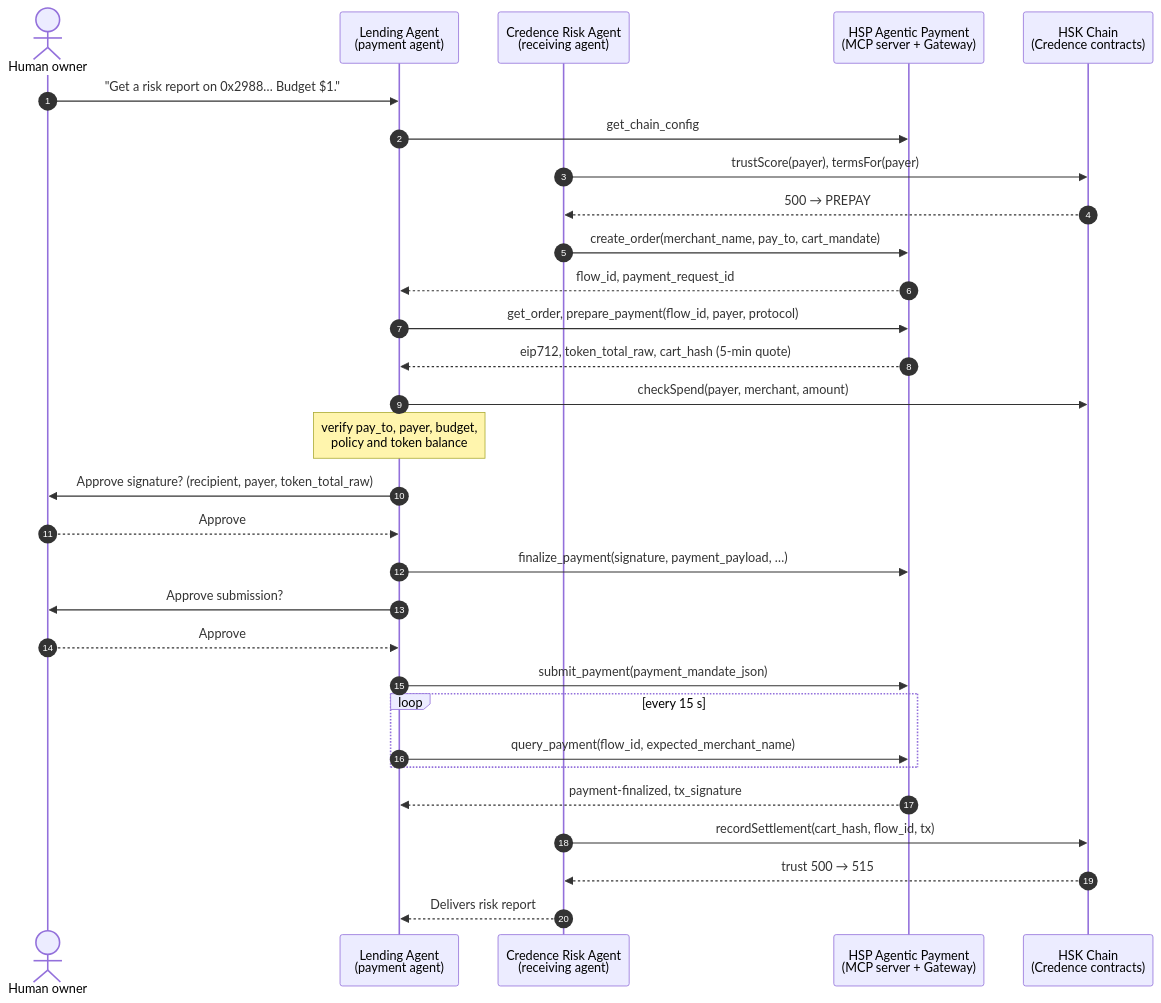
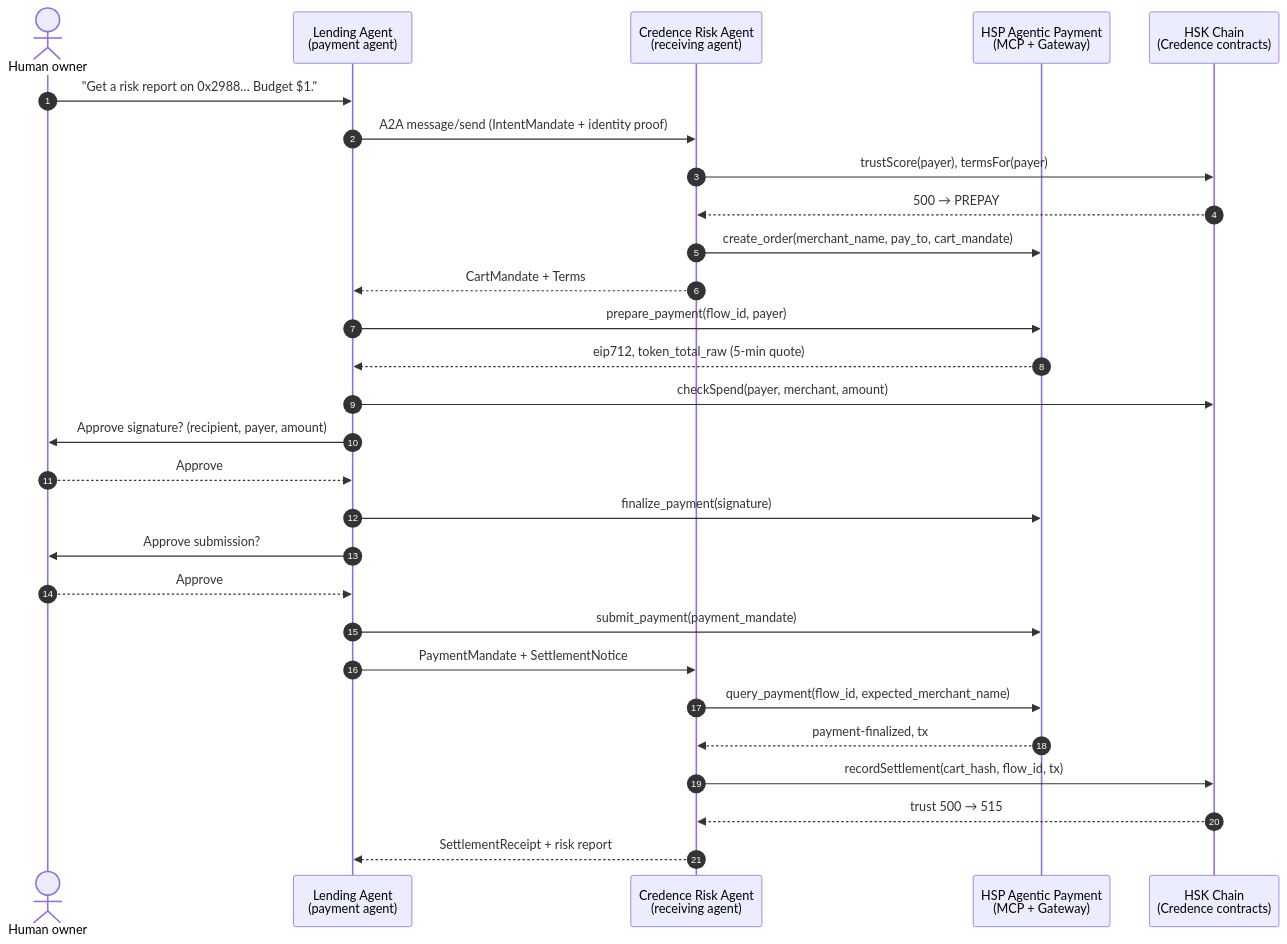
The second of 2 diagrams in README.md (hari-hara-sudharsan/Credence-Pay), drawn with Mermaid before and after one commit. The commit also changed other lines of this file and 1 other file, not shown here.

````diff
--- a/README.md
+++ b/README.md
@@ -104,33 +127,31 @@
 ```mermaid
 sequenceDiagram
     autonumber
     actor Human as Human owner
     participant Buyer as Lending Agent<br/>(payment agent)
     participant Merchant as Credence Risk Agent<br/>(receiving agent)
-    participant HSP as HSP Agentic Payment<br/>(MCP server + Gateway)
+    participant HSP as HSP Agentic Payment<br/>(MCP + Gateway)
     participant Chain as HSK Chain<br/>(Credence contracts)
 
     Human->>Buyer: "Get a risk report on 0x2988… Budget $1."
-    Buyer->>HSP: get_chain_config
+    Buyer->>Merchant: A2A message/send (IntentMandate + identity proof)
     Merchant->>Chain: trustScore(payer), termsFor(payer)
     Chain-->>Merchant: 500 → PREPAY
     Merchant->>HSP: create_order(merchant_name, pay_to, cart_mandate)
-    HSP-->>Buyer: flow_id, payment_request_id
-    Buyer->>HSP: get_order, prepare_payment(flow_id, payer, protocol)
-    HSP-->>Buyer: eip712, token_total_raw, cart_hash (5-min quote)
+    Merchant-->>Buyer: CartMandate + Terms
+    Buyer->>HSP: prepare_payment(flow_id, payer)
+    HSP-->>Buyer: eip712, token_total_raw (5-min quote)
     Buyer->>Chain: checkSpend(payer, merchant, amount)
-    Note over Buyer: verify pay_to, payer, budget,<br/>policy and token balance
-    Buyer->>Human: Approve signature? (recipient, payer, token_total_raw)
+    Buyer->>Human: Approve signature? (recipient, payer, amount)
     Human-->>Buyer: Approve
-    Buyer->>HSP: finalize_payment(signature, payment_payload, …)
+    Buyer->>HSP: finalize_payment(signature)
     Buyer->>Human: Approve submission?
     Human-->>Buyer: Approve
-    Buyer->>HSP: submit_payment(payment_mandate_json)
-    loop every 15 s
-        Buyer->>HSP: query_payment(flow_id, expected_merchant_name)
-    end
-    HSP-->>Buyer: payment-finalized, tx_signature
+    Buyer->>HSP: submit_payment(payment_mandate)
+    Buyer->>Merchant: PaymentMandate + SettlementNotice
+    Merchant->>HSP: query_payment(flow_id, expected_merchant_name)
+    HSP-->>Merchant: payment-finalized, tx
     Merchant->>Chain: recordSettlement(cart_hash, flow_id, tx)
     Chain-->>Merchant: trust 500 → 515
-    Merchant-->>Buyer: Delivers risk report
+    Merchant-->>Buyer: SettlementReceipt + risk report
 ```
````
